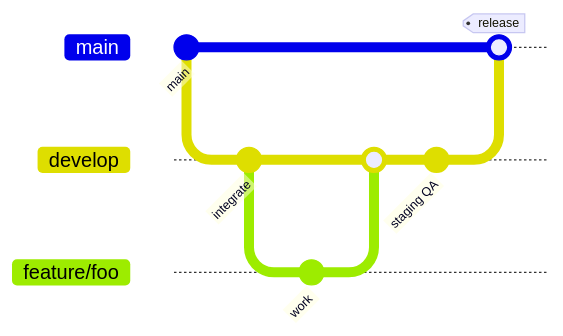
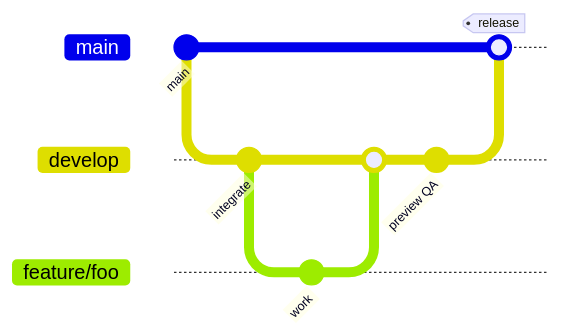
One commit to mywinkly-cell/Winkly_development changed the diagram in docs/BRANCHING.md. Above: the diagram before and after it, drawn with Mermaid. The commit also changed other lines of this file and 37 other files, not shown here.

````diff
--- a/docs/BRANCHING.md
+++ b/docs/BRANCHING.md
@@ -15,15 +15,15 @@
 ```mermaid
 gitGraph
   commit id: "main"
   branch develop
   checkout develop
   commit id: "integrate"
   branch feature/foo
   checkout feature/foo
   commit id: "work"
   checkout develop
   merge feature/foo
-  commit id: "staging QA"
+  commit id: "preview QA"
   checkout main
   merge develop tag: "release"
 ```
````
